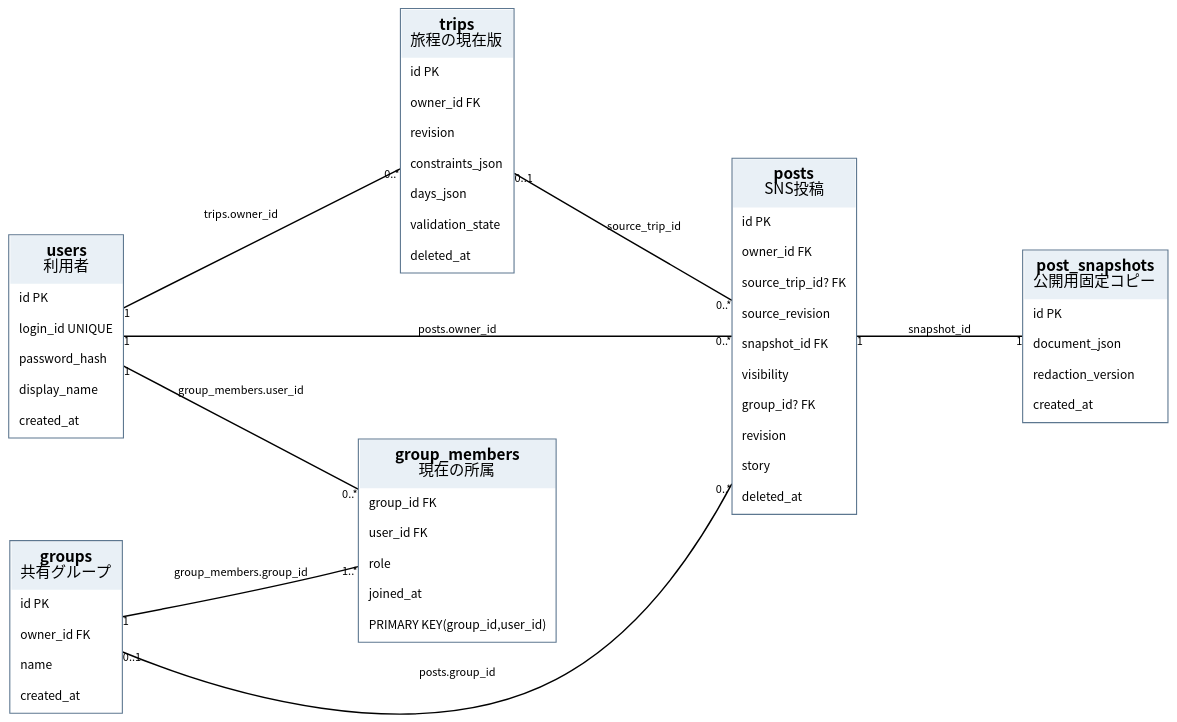
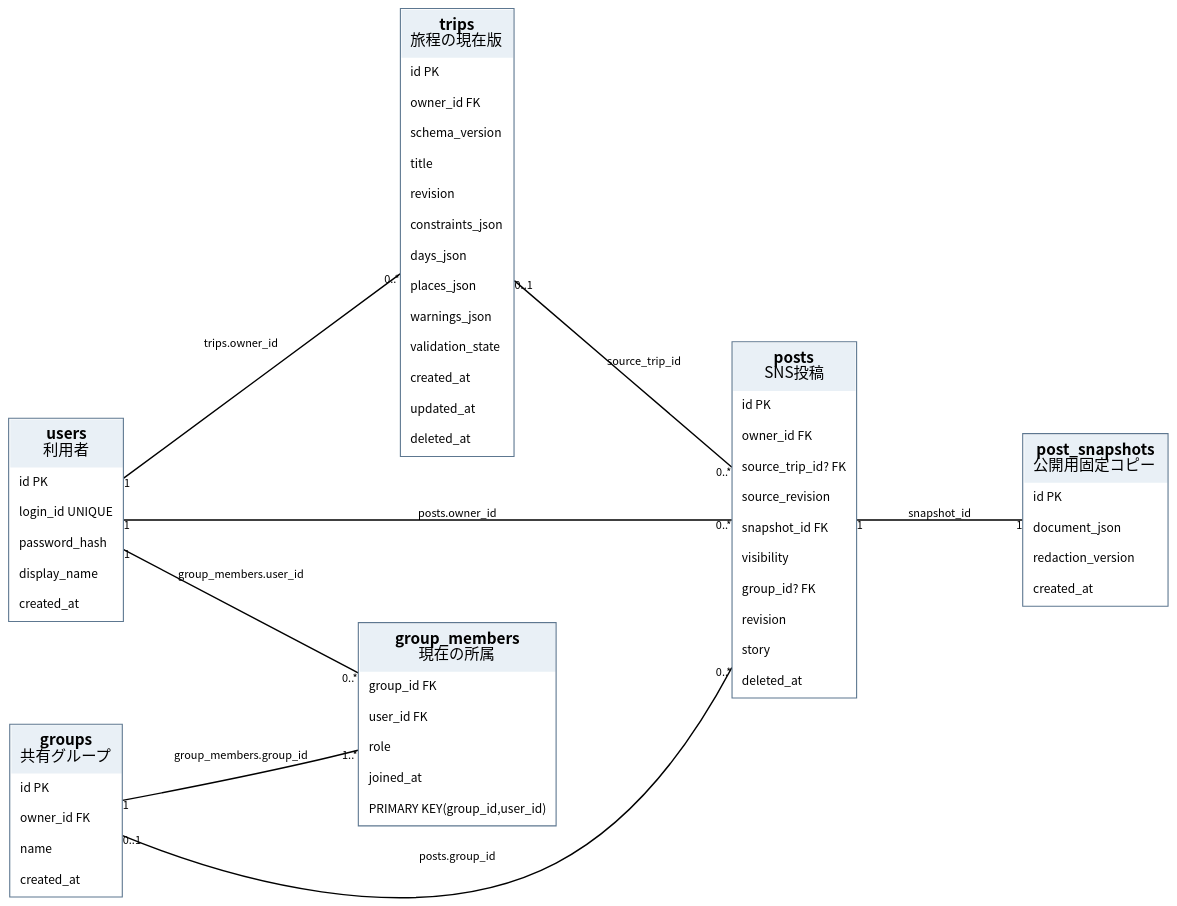
The diagram in assets/data-social.dot (jphacks/tkb_2627), drawn with Graphviz before and after one commit. The commit also changed 54 other files, not shown here.

```diff
--- a/assets/data-social.dot
+++ b/assets/data-social.dot
@@ -1,16 +1,16 @@
 digraph D {
 graph [rankdir=LR,bgcolor="transparent",pad="0.35",nodesep="0.65",ranksep="1.3",splines=spline,outputorder=edgesfirst]; node [shape=plain,fontname="Noto Sans CJK JP"]; edge [fontname="Noto Sans CJK JP",fontsize=11,arrowsize=0.75,penwidth=1.3];
 "users" [label=<<TABLE BORDER="1" COLOR="#5d7790" CELLBORDER="0" CELLSPACING="0" CELLPADDING="8" BGCOLOR="white"><TR><TD BGCOLOR="#e9f0f6"><B>users</B><BR/>利用者</TD></TR><TR><TD ALIGN="LEFT"><FONT POINT-SIZE="11">id PK</FONT></TD></TR><TR><TD ALIGN="LEFT"><FONT POINT-SIZE="11">login_id UNIQUE</FONT></TD></TR><TR><TD ALIGN="LEFT"><FONT POINT-SIZE="11">password_hash</FONT></TD></TR><TR><TD ALIGN="LEFT"><FONT POINT-SIZE="11">display_name</FONT></TD></TR><TR><TD ALIGN="LEFT"><FONT POINT-SIZE="11">created_at</FONT></TD></TR></TABLE>>,URL="#table=users"];
-"trips" [label=<<TABLE BORDER="1" COLOR="#5d7790" CELLBORDER="0" CELLSPACING="0" CELLPADDING="8" BGCOLOR="white"><TR><TD BGCOLOR="#e9f0f6"><B>trips</B><BR/>旅程の現在版</TD></TR><TR><TD ALIGN="LEFT"><FONT POINT-SIZE="11">id PK</FONT></TD></TR><TR><TD ALIGN="LEFT"><FONT POINT-SIZE="11">owner_id FK</FONT></TD></TR><TR><TD ALIGN="LEFT"><FONT POINT-SIZE="11">revision</FONT></TD></TR><TR><TD ALIGN="LEFT"><FONT POINT-SIZE="11">constraints_json</FONT></TD></TR><TR><TD ALIGN="LEFT"><FONT POINT-SIZE="11">days_json</FONT></TD></TR><TR><TD ALIGN="LEFT"><FONT POINT-SIZE="11">validation_state</FONT></TD></TR><TR><TD ALIGN="LEFT"><FONT POINT-SIZE="11">deleted_at</FONT></TD></TR></TABLE>>,URL="#table=trips"];
+"trips" [label=<<TABLE BORDER="1" COLOR="#5d7790" CELLBORDER="0" CELLSPACING="0" CELLPADDING="8" BGCOLOR="white"><TR><TD BGCOLOR="#e9f0f6"><B>trips</B><BR/>旅程の現在版</TD></TR><TR><TD ALIGN="LEFT"><FONT POINT-SIZE="11">id PK</FONT></TD></TR><TR><TD ALIGN="LEFT"><FONT POINT-SIZE="11">owner_id FK</FONT></TD></TR><TR><TD ALIGN="LEFT"><FONT POINT-SIZE="11">schema_version</FONT></TD></TR><TR><TD ALIGN="LEFT"><FONT POINT-SIZE="11">title</FONT></TD></TR><TR><TD ALIGN="LEFT"><FONT POINT-SIZE="11">revision</FONT></TD></TR><TR><TD ALIGN="LEFT"><FONT POINT-SIZE="11">constraints_json</FONT></TD></TR><TR><TD ALIGN="LEFT"><FONT POINT-SIZE="11">days_json</FONT></TD></TR><TR><TD ALIGN="LEFT"><FONT POINT-SIZE="11">places_json</FONT></TD></TR><TR><TD ALIGN="LEFT"><FONT POINT-SIZE="11">warnings_json</FONT></TD></TR><TR><TD ALIGN="LEFT"><FONT POINT-SIZE="11">validation_state</FONT></TD></TR><TR><TD ALIGN="LEFT"><FONT POINT-SIZE="11">created_at</FONT></TD></TR><TR><TD ALIGN="LEFT"><FONT POINT-SIZE="11">updated_at</FONT></TD></TR><TR><TD ALIGN="LEFT"><FONT POINT-SIZE="11">deleted_at</FONT></TD></TR></TABLE>>,URL="#table=trips"];
 "groups" [label=<<TABLE BORDER="1" COLOR="#5d7790" CELLBORDER="0" CELLSPACING="0" CELLPADDING="8" BGCOLOR="white"><TR><TD BGCOLOR="#e9f0f6"><B>groups</B><BR/>共有グループ</TD></TR><TR><TD ALIGN="LEFT"><FONT POINT-SIZE="11">id PK</FONT></TD></TR><TR><TD ALIGN="LEFT"><FONT POINT-SIZE="11">owner_id FK</FONT></TD></TR><TR><TD ALIGN="LEFT"><FONT POINT-SIZE="11">name</FONT></TD></TR><TR><TD ALIGN="LEFT"><FONT POINT-SIZE="11">created_at</FONT></TD></TR></TABLE>>,URL="#table=groups"];
 "group_members" [label=<<TABLE BORDER="1" COLOR="#5d7790" CELLBORDER="0" CELLSPACING="0" CELLPADDING="8" BGCOLOR="white"><TR><TD BGCOLOR="#e9f0f6"><B>group_members</B><BR/>現在の所属</TD></TR><TR><TD ALIGN="LEFT"><FONT POINT-SIZE="11">group_id FK</FONT></TD></TR><TR><TD ALIGN="LEFT"><FONT POINT-SIZE="11">user_id FK</FONT></TD></TR><TR><TD ALIGN="LEFT"><FONT POINT-SIZE="11">role</FONT></TD></TR><TR><TD ALIGN="LEFT"><FONT POINT-SIZE="11">joined_at</FONT></TD></TR><TR><TD ALIGN="LEFT"><FONT POINT-SIZE="11">PRIMARY KEY(group_id,user_id)</FONT></TD></TR></TABLE>>,URL="#table=group_members"];
 "posts" [label=<<TABLE BORDER="1" COLOR="#5d7790" CELLBORDER="0" CELLSPACING="0" CELLPADDING="8" BGCOLOR="white"><TR><TD BGCOLOR="#e9f0f6"><B>posts</B><BR/>SNS投稿</TD></TR><TR><TD ALIGN="LEFT"><FONT POINT-SIZE="11">id PK</FONT></TD></TR><TR><TD ALIGN="LEFT"><FONT POINT-SIZE="11">owner_id FK</FONT></TD></TR><TR><TD ALIGN="LEFT"><FONT POINT-SIZE="11">source_trip_id? FK</FONT></TD></TR><TR><TD ALIGN="LEFT"><FONT POINT-SIZE="11">source_revision</FONT></TD></TR><TR><TD ALIGN="LEFT"><FONT POINT-SIZE="11">snapshot_id FK</FONT></TD></TR><TR><TD ALIGN="LEFT"><FONT POINT-SIZE="11">visibility</FONT></TD></TR><TR><TD ALIGN="LEFT"><FONT POINT-SIZE="11">group_id? FK</FONT></TD></TR><TR><TD ALIGN="LEFT"><FONT POINT-SIZE="11">revision</FONT></TD></TR><TR><TD ALIGN="LEFT"><FONT POINT-SIZE="11">story</FONT></TD></TR><TR><TD ALIGN="LEFT"><FONT POINT-SIZE="11">deleted_at</FONT></TD></TR></TABLE>>,URL="#table=posts"];
 "post_snapshots" [label=<<TABLE BORDER="1" COLOR="#5d7790" CELLBORDER="0" CELLSPACING="0" CELLPADDING="8" BGCOLOR="white"><TR><TD BGCOLOR="#e9f0f6"><B>post_snapshots</B><BR/>公開用固定コピー</TD></TR><TR><TD ALIGN="LEFT"><FONT POINT-SIZE="11">id PK</FONT></TD></TR><TR><TD ALIGN="LEFT"><FONT POINT-SIZE="11">document_json</FONT></TD></TR><TR><TD ALIGN="LEFT"><FONT POINT-SIZE="11">redaction_version</FONT></TD></TR><TR><TD ALIGN="LEFT"><FONT POINT-SIZE="11">created_at</FONT></TD></TR></TABLE>>,URL="#table=post_snapshots"];
 "users" -> "trips" [arrowhead=none,taillabel="1",headlabel="0..*",label="trips.owner_id",fontsize=10];
 "users" -> "posts" [arrowhead=none,taillabel="1",headlabel="0..*",label="posts.owner_id",fontsize=10];
 "trips" -> "posts" [arrowhead=none,taillabel="0..1",headlabel="0..*",label="source_trip_id",fontsize=10];
 "posts" -> "post_snapshots" [arrowhead=none,taillabel="1",headlabel="1",label="snapshot_id",fontsize=10];
 "groups" -> "posts" [arrowhead=none,taillabel="0..1",headlabel="0..*",label="posts.group_id",fontsize=10];
 "groups" -> "group_members" [arrowhead=none,taillabel="1",headlabel="1..*",label="group_members.group_id",fontsize=10];
 "users" -> "group_members" [arrowhead=none,taillabel="1",headlabel="0..*",label="group_members.user_id",fontsize=10];
 }
```
